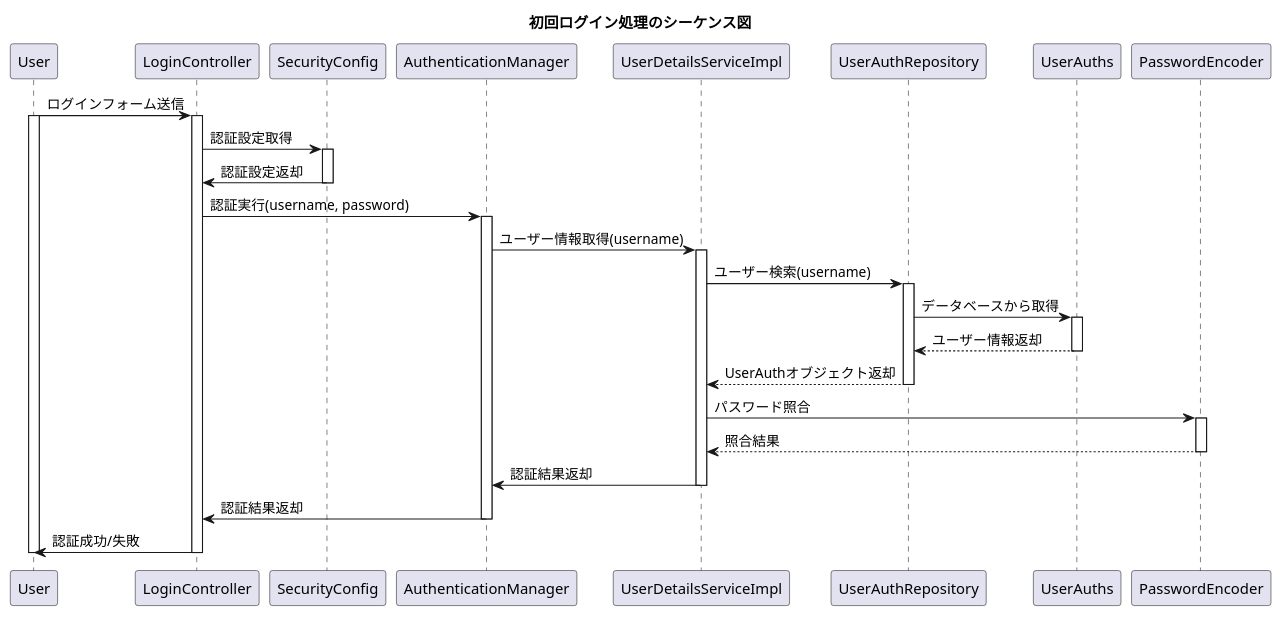
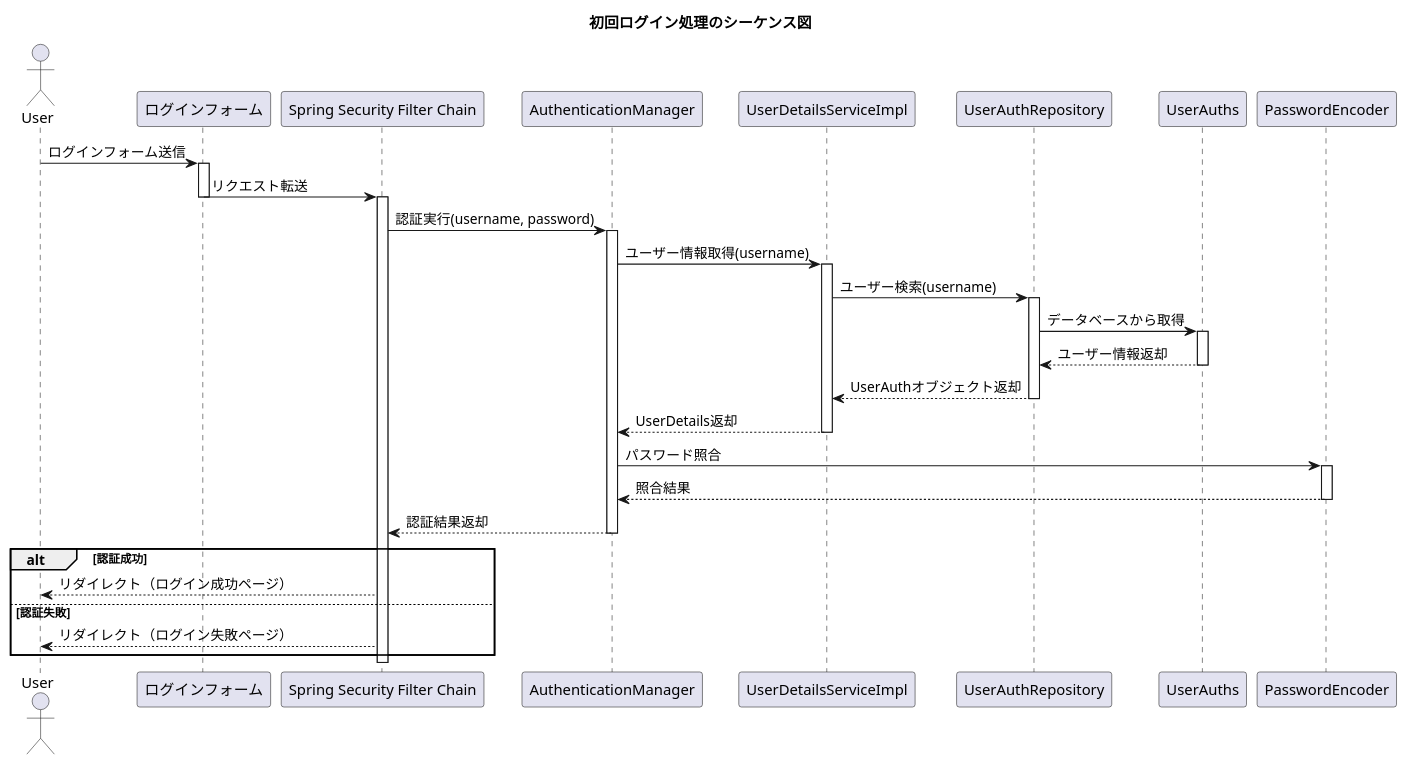
Before and after one commit to SHOzakioka/Documents: the diagram in MealManagementForTraineeDocs/wsd/SequenceFigure.wsd, drawn with PlantUML. The commit also changed 1 other file, not shown here.

```diff
--- a/MealManagementForTraineeDocs/wsd/SequenceFigure.wsd
+++ b/MealManagementForTraineeDocs/wsd/SequenceFigure.wsd
@@ -1,51 +1,57 @@
 @startuml
 !pragma charset utf-8
 title 初回ログイン処理のシーケンス図
 
-participant User
-participant LoginController
-participant SecurityConfig
+actor User
+participant "ログインフォーム" as LoginForm
+participant "Spring Security Filter Chain" as SecurityFilter
 participant AuthenticationManager
 participant UserDetailsServiceImpl
 participant UserAuthRepository
 participant UserAuths
 participant PasswordEncoder
 
-User -> LoginController: ログインフォーム送信
-activate User
-activate LoginController
+User -> LoginForm: ログインフォーム送信
+activate LoginForm
 
-    LoginController -> SecurityConfig: 認証設定取得
-    activate SecurityConfig
+LoginForm -> SecurityFilter: リクエスト転送
+deactivate LoginForm
+activate SecurityFilter
 
-    SecurityConfig -> LoginController: 認証設定返却
-    deactivate SecurityConfig
+SecurityFilter -> AuthenticationManager: 認証実行(username, password)
+activate AuthenticationManager
 
-        LoginController -> AuthenticationManager: 認証実行(username, password)
-        activate AuthenticationManager
-        AuthenticationManager -> UserDetailsServiceImpl: ユーザー情報取得(username)
+AuthenticationManager -> UserDetailsServiceImpl: ユーザー情報取得(username)
+activate UserDetailsServiceImpl
 
-        activate UserDetailsServiceImpl
-        UserDetailsServiceImpl -> UserAuthRepository: ユーザー検索(username)
-        activate UserAuthRepository
-        UserAuthRepository -> UserAuths: データベースから取得
-        activate UserAuths
-        UserAuths --> UserAuthRepository: ユーザー情報返却
-        deactivate UserAuths
-        UserAuthRepository --> UserDetailsServiceImpl: UserAuthオブジェクト返却
-        deactivate UserAuthRepository
-        UserDetailsServiceImpl -> PasswordEncoder: パスワード照合
-        activate PasswordEncoder
-        PasswordEncoder --> UserDetailsServiceImpl: 照合結果
-        deactivate PasswordEncoder
-        UserDetailsServiceImpl -> AuthenticationManager: 認証結果返却
-        deactivate UserDetailsServiceImpl
+UserDetailsServiceImpl -> UserAuthRepository: ユーザー検索(username)
+activate UserAuthRepository
 
-    AuthenticationManager -> LoginController: 認証結果返却
-    deactivate AuthenticationManager
+UserAuthRepository -> UserAuths: データベースから取得
+activate UserAuths
+UserAuths --> UserAuthRepository: ユーザー情報返却
+deactivate UserAuths
 
-LoginController -> User: 認証成功/失敗
-deactivate LoginController
-deactivate User
+UserAuthRepository --> UserDetailsServiceImpl: UserAuthオブジェクト返却
+deactivate UserAuthRepository
+
+UserDetailsServiceImpl --> AuthenticationManager: UserDetails返却
+deactivate UserDetailsServiceImpl
+
+AuthenticationManager -> PasswordEncoder: パスワード照合
+activate PasswordEncoder
+PasswordEncoder --> AuthenticationManager: 照合結果
+deactivate PasswordEncoder
+
+AuthenticationManager --> SecurityFilter: 認証結果返却
+deactivate AuthenticationManager
+
+alt 認証成功
+    SecurityFilter --> User: リダイレクト（ログイン成功ページ）
+else 認証失敗
+    SecurityFilter --> User: リダイレクト（ログイン失敗ページ）
+end
+
+deactivate SecurityFilter
 
 @enduml
```
